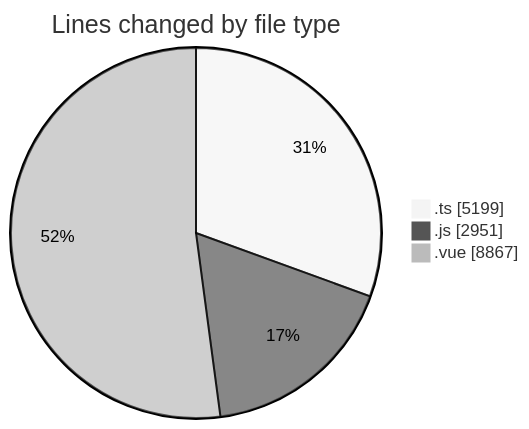
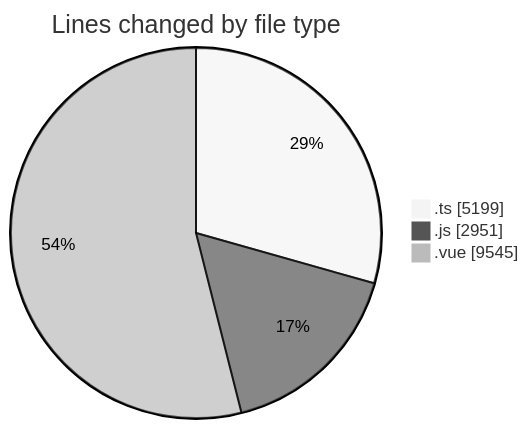
One commit to lephambinh05/code-tracking changed the first of 2 diagrams in 2025-08-16/rentotp/README.md. Above: the diagram before and after it, drawn with Mermaid (neutral theme). The commit also changed other lines of this file and 1 other file, not shown here.

````diff
--- a/2025-08-16/rentotp/README.md
+++ b/2025-08-16/rentotp/README.md
@@ -73,7 +73,7 @@
 ```mermaid
 pie showData
 title Lines changed by file type
 ".ts" : 5199
 ".js" : 2951
-".vue" : 8867
+".vue" : 9545
 ```
````
